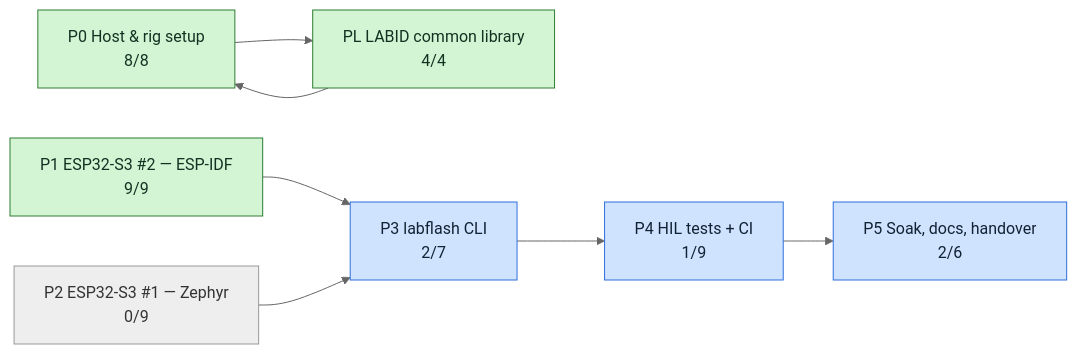
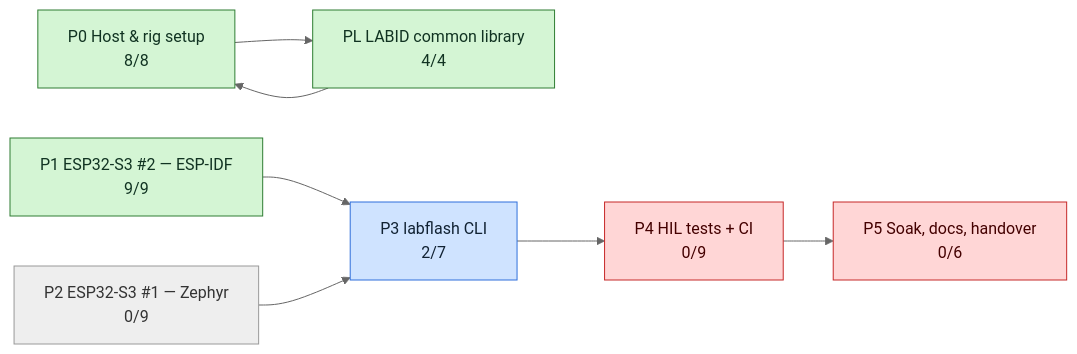
One commit to mohamed-soubhi/bootlab-esp changed the second of 3 diagrams in tickets/TICKETS.md. Above: the diagram before and after it, drawn with Mermaid (neutral theme). The commit also changed other lines of this file and 15 other files, not shown here.

````diff
--- a/tickets/TICKETS.md
+++ b/tickets/TICKETS.md
@@ -35,20 +36,20 @@
 ```mermaid
 flowchart LR
     E0["P0 Host & rig setup<br/>8/8"]:::done
     EL["PL LABID common library<br/>4/4"]:::done
     E1["P1 ESP32-S3 #2 — ESP-IDF<br/>9/9"]:::done
     E2["P2 ESP32-S3 #1 — Zephyr<br/>0/9"]:::todo
     E3["P3 labflash CLI<br/>2/7"]:::doing
-    E4["P4 HIL tests + CI<br/>1/9"]:::doing
-    E5["P5 Soak, docs, handover<br/>2/6"]:::doing
+    E4["P4 HIL tests + CI<br/>0/9"]:::blocked
+    E5["P5 Soak, docs, handover<br/>0/6"]:::blocked
     E0 --> EL
     E1 --> E3
     E2 --> E3
     E3 --> E4
     E4 --> E5
     EL --> E0
     classDef todo fill:#eeeeee,stroke:#999,color:#333
     classDef doing fill:#cfe3ff,stroke:#2f6fdb,color:#123
     classDef blocked fill:#ffd6d6,stroke:#c62828,color:#400
     classDef done fill:#d4f5d4,stroke:#2e7d32,color:#132
 ```
````
